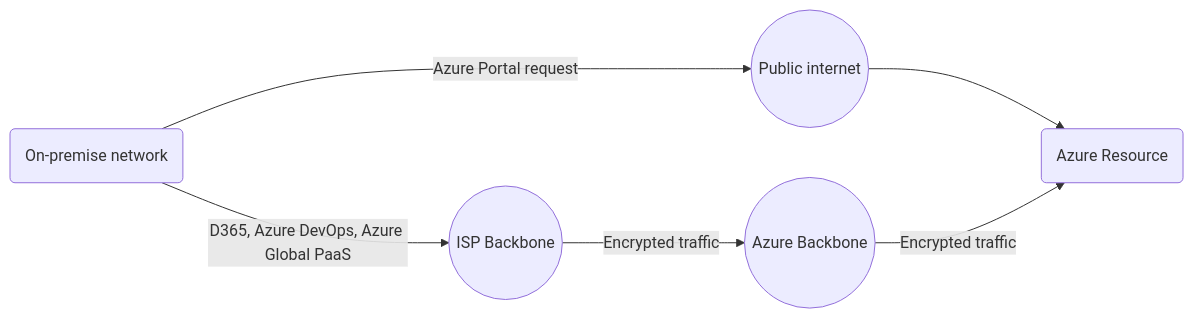
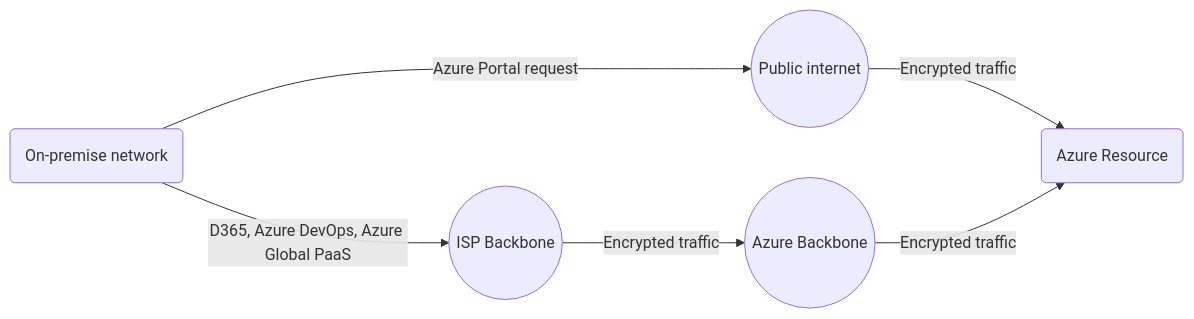
The third of 4 diagrams in Cloud - Azure/Azure Virtual Networks/ExpressRoute and S2S VPN.md (bigtoga/Examples), drawn with Mermaid before and after one commit. The commit also changed other lines of this file, not shown here.

````diff
--- a/Cloud - Azure/Azure Virtual Networks/ExpressRoute and S2S VPN.md
+++ b/Cloud - Azure/Azure Virtual Networks/ExpressRoute and S2S VPN.md
@@ -105,8 +105,8 @@
 ```mermaid
 graph LR
     A(On-premise network) -- Azure Portal request --> B((Public internet))
-    B --> C(Azure Resource)
+    B -- Encrypted traffic --> C(Azure Resource)
     A -- D365, Azure DevOps, Azure Global PaaS --> D((ISP Backbone))
     D -- Encrypted traffic --> E((Azure Backbone))
     E -- Encrypted traffic --> C
 ```    
````
